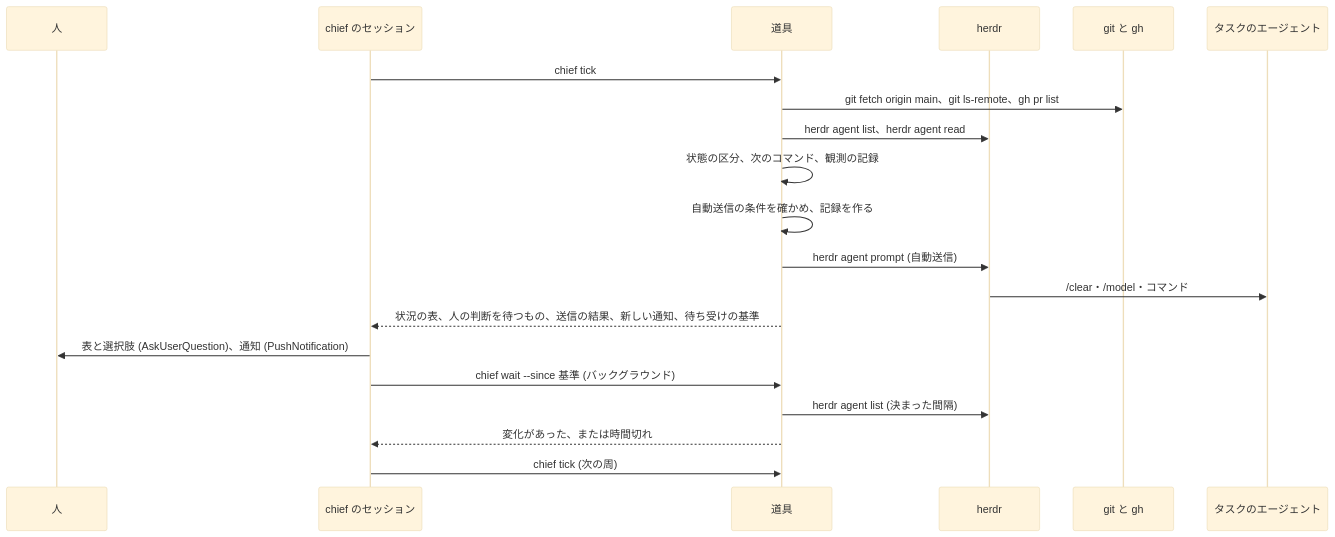
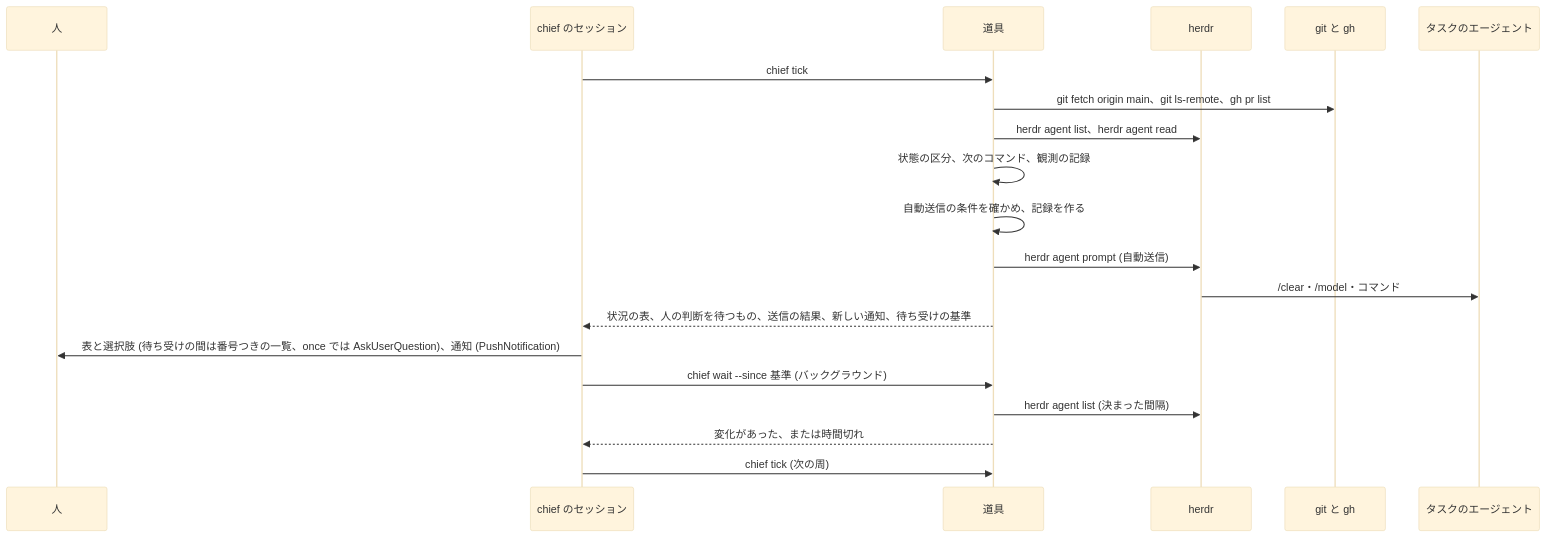
Before and after one commit to isseis/yt2column: the third of 6 diagrams in docs/tasks/0088_chief_of_staff/02_architecture.md, drawn with Mermaid (base theme). The commit also changed 1 other file, not shown here.

Commit message:
docs(0088): tighten the /chief answer and wait wording
Start the wait before the watch-mode turn ends, read a watch-mode answer
against the newest list, send nothing for a proposal that is not sendable,
and label the architecture diagram's choices message for both modes (the
diagram follows the decision recorded in 1.3.3 in this branch).

````diff
--- a/docs/tasks/0088_chief_of_staff/02_architecture.md
+++ b/docs/tasks/0088_chief_of_staff/02_architecture.md
@@ -233,23 +233,23 @@
 ```mermaid
 sequenceDiagram
     participant H as 人
     participant S as chief のセッション
     participant T as 道具
     participant HD as herdr
     participant GG as git と gh
     participant P as タスクのエージェント
 
     S->>T: chief tick
     T->>GG: git fetch origin main、git ls-remote、gh pr list
     T->>HD: herdr agent list、herdr agent read
     T->>T: 状態の区分、次のコマンド、観測の記録
     T->>T: 自動送信の条件を確かめ、記録を作る
     T->>HD: herdr agent prompt (自動送信)
     HD->>P: /clear・/model・コマンド
     T-->>S: 状況の表、人の判断を待つもの、送信の結果、新しい通知、待ち受けの基準
-    S->>H: 表と選択肢 (AskUserQuestion)、通知 (PushNotification)
+    S->>H: 表と選択肢 (待ち受けの間は番号つきの一覧、once では AskUserQuestion)、通知 (PushNotification)
     S->>T: chief wait --since 基準 (バックグラウンド)
     T->>HD: herdr agent list (決まった間隔)
     T-->>S: 変化があった、または時間切れ
     S->>T: chief tick (次の周)
 ```
````
